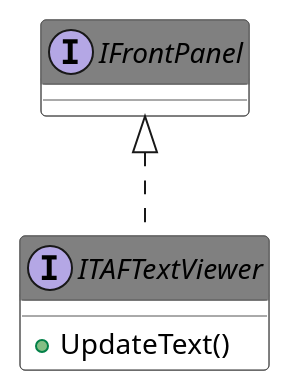
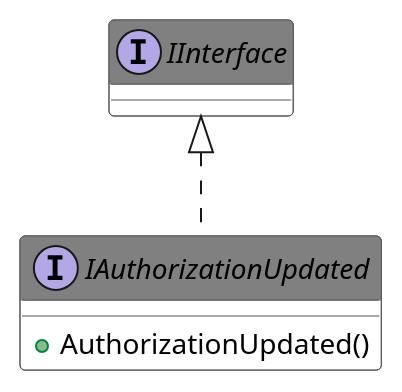
The diagram in Source/Antidoc-Output/Includes/020.adoc (PatriekBruins/TriekselsoftApplicationFramework), drawn with PlantUML before and after one commit. The commit also changed other lines of this file and 692 other files, not shown here.

```diff
--- a/Source/Antidoc-Output/Includes/020.adoc
+++ b/Source/Antidoc-Output/Includes/020.adoc
@@ -8,22 +8,22 @@
 [plantuml, format="svg", align="center"]
 ....
 @startuml
 set namespaceSeparator :
 skinparam ClassBackgroundColor #FFFFFF
 skinparam ClassBorderColor #555555
 skinparam ClassFontColor #000000
 skinparam ClassHeaderBackgroundColor #808080
 
 skinparam top to bottom direction
-interface "ITAFTextViewer" {
-{method} +UpdateText()
+interface "IAuthorizationUpdated" {
+{method} +AuthorizationUpdated()
 
 }
-"IFrontPanel" <|.. "ITAFTextViewer"
-interface "IFrontPanel" {}
+"IInterface" <|.. "IAuthorizationUpdated"
+interface "IInterface" {}
 
 
 
 
 @enduml
 ....
```
